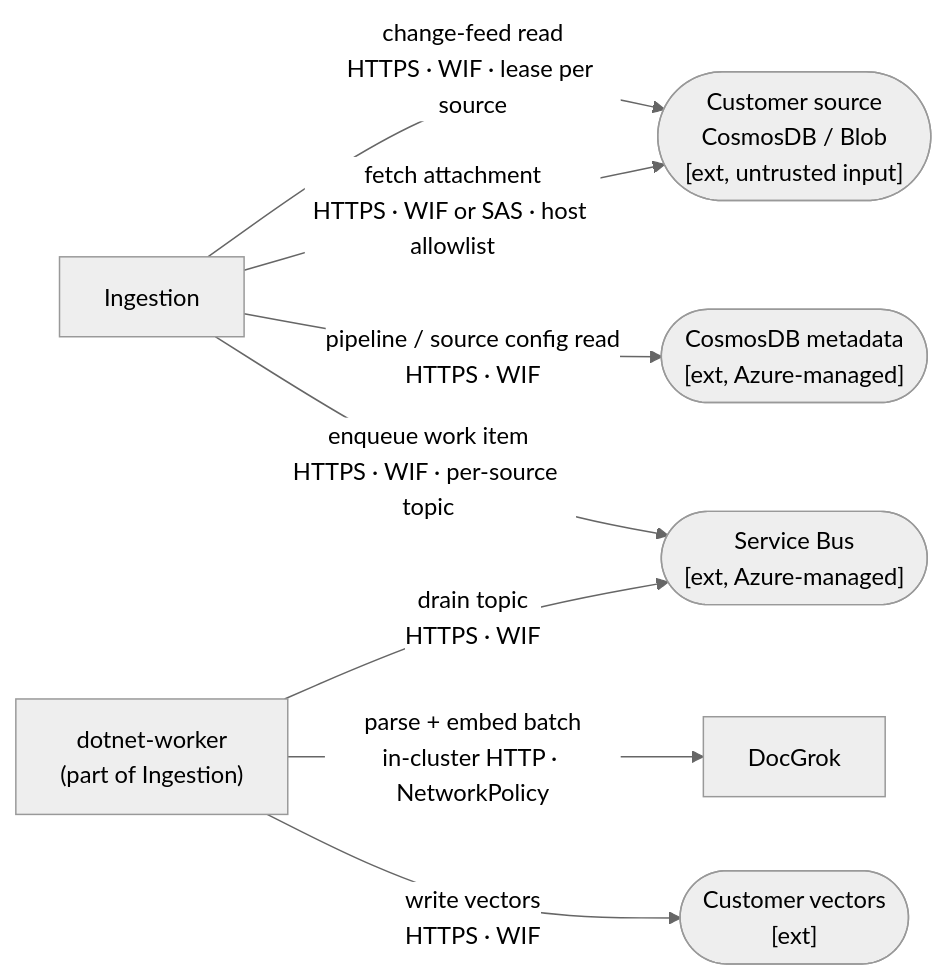
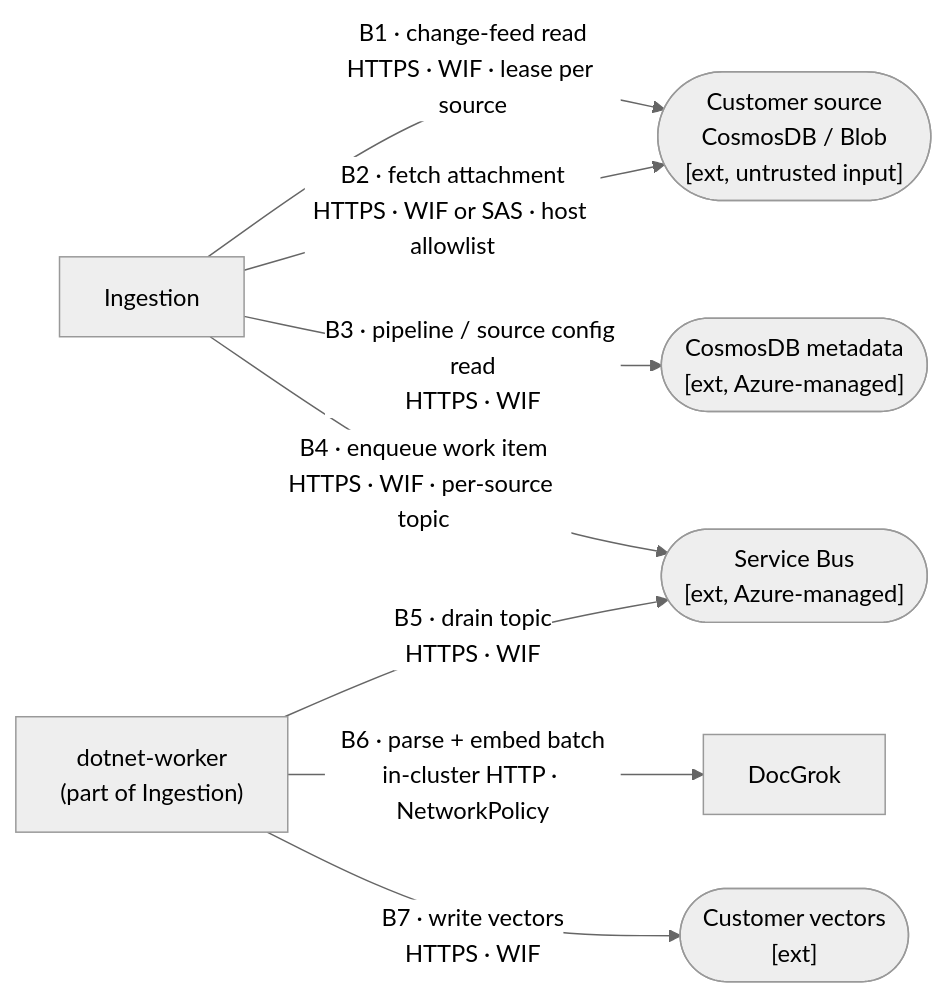
The third of 5 diagrams in docs/security/threat-model.md (AzureCosmosDB/OmniVec), drawn with Mermaid (neutral theme) before and after one commit. The commit also changed other lines of this file, not shown here.

First line of the commit message:
security(threat-model): add per-flow detail tables for each scenario

````diff
--- a/docs/security/threat-model.md
+++ b/docs/security/threat-model.md
@@ -151,18 +163,18 @@
 ```mermaid
 flowchart LR
   csrc(["Customer source<br/>CosmosDB / Blob<br/>[ext, untrusted input]"])
   ingest["Ingestion"]
   sb(["Service Bus<br/>[ext, Azure-managed]"])
   worker["dotnet-worker<br/>(part of Ingestion)"]
   docgrok["DocGrok"]
   cvec(["Customer vectors<br/>[ext]"])
   cmeta(["CosmosDB metadata<br/>[ext, Azure-managed]"])
 
-  ingest -->|"change-feed read<br/>HTTPS · WIF · lease per source"| csrc
-  ingest -->|"fetch attachment<br/>HTTPS · WIF or SAS · host allowlist"| csrc
-  ingest -->|"pipeline / source config read<br/>HTTPS · WIF"| cmeta
-  ingest -->|"enqueue work item<br/>HTTPS · WIF · per-source topic"| sb
-  worker -->|"drain topic<br/>HTTPS · WIF"| sb
-  worker -->|"parse + embed batch<br/>in-cluster HTTP · NetworkPolicy"| docgrok
-  worker -->|"write vectors<br/>HTTPS · WIF"| cvec
+  ingest -->|"B1 · change-feed read<br/>HTTPS · WIF · lease per source"| csrc
+  ingest -->|"B2 · fetch attachment<br/>HTTPS · WIF or SAS · host allowlist"| csrc
+  ingest -->|"B3 · pipeline / source config read<br/>HTTPS · WIF"| cmeta
+  ingest -->|"B4 · enqueue work item<br/>HTTPS · WIF · per-source topic"| sb
+  worker -->|"B5 · drain topic<br/>HTTPS · WIF"| sb
+  worker -->|"B6 · parse + embed batch<br/>in-cluster HTTP · NetworkPolicy"| docgrok
+  worker -->|"B7 · write vectors<br/>HTTPS · WIF"| cvec
 ```
````
